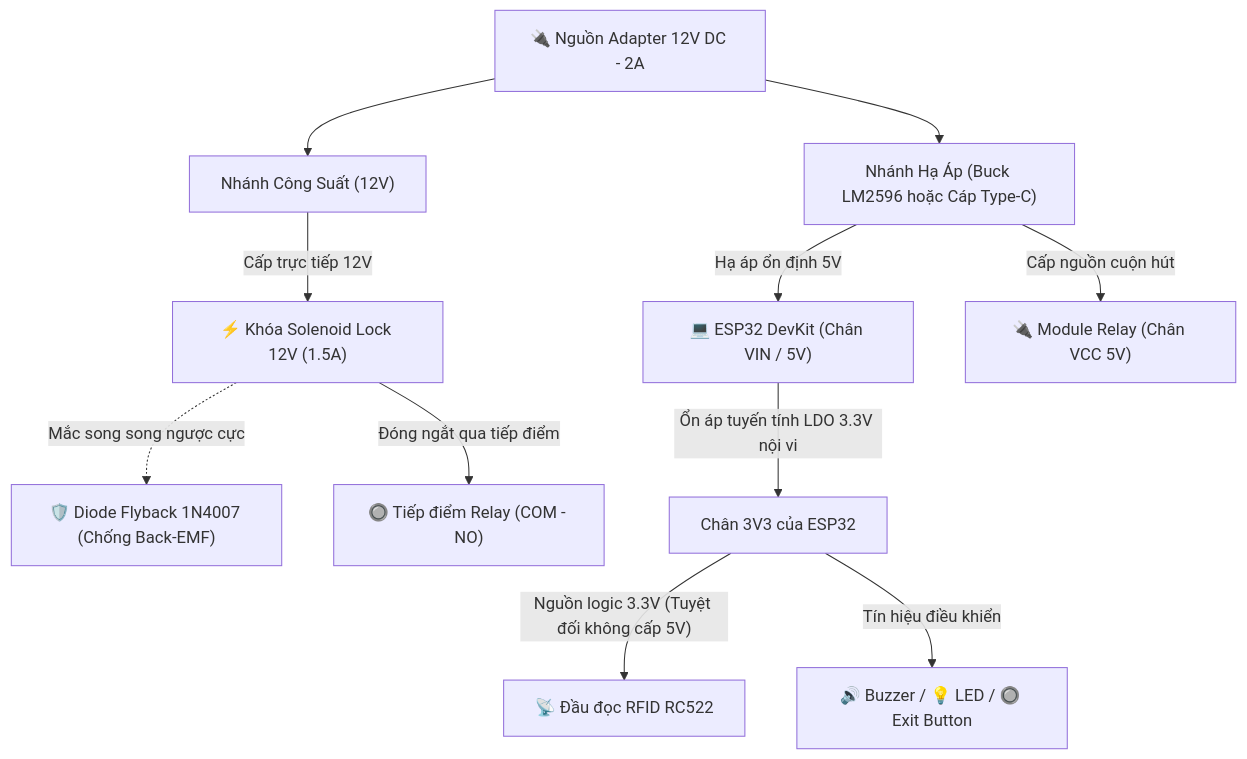
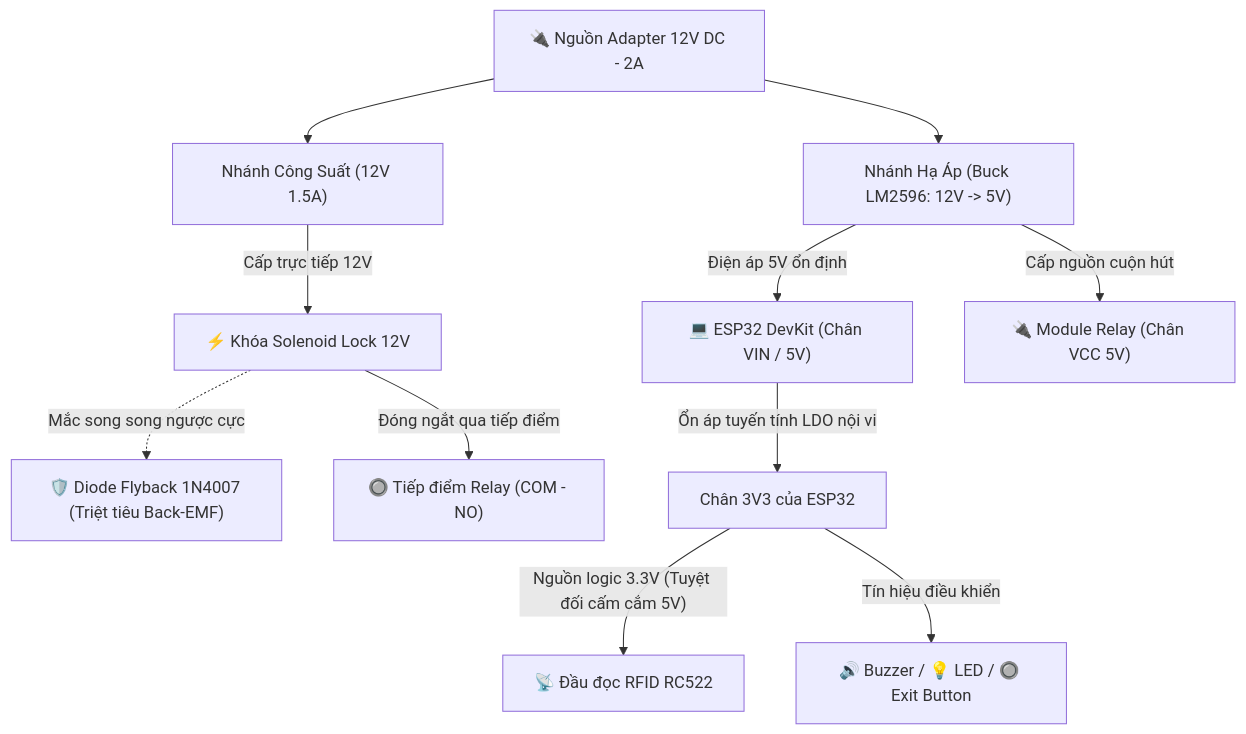
The first of 5 diagrams in docs/SO_DO_KY_THUAT_VA_LY_THUYET.md (NguyenHoangUy1305/iot-rfid-access-control), drawn with Mermaid before and after one commit. The commit also changed other lines of this file and 1 other file, not shown here.

Commit message:
docs: expand technical roadmaps, hardware schematics, and theoretical foundations with maximal engineering depth

````diff
--- a/docs/SO_DO_KY_THUAT_VA_LY_THUYET.md
+++ b/docs/SO_DO_KY_THUAT_VA_LY_THUYET.md
@@ -224,16 +323,16 @@
 ```mermaid
 graph TD
-    Adapter["🔌 Nguồn Adapter 12V DC - 2A"] --> Branch1["Nhánh Công Suất (12V)"]
-    Adapter --> Branch2["Nhánh Hạ Áp (Buck LM2596 hoặc Cáp Type-C)"]
+    Adapter["🔌 Nguồn Adapter 12V DC - 2A"] --> Branch1["Nhánh Công Suất (12V 1.5A)"]
+    Adapter --> Branch2["Nhánh Hạ Áp (Buck LM2596: 12V -> 5V)"]
 
-    Branch1 -->|"Cấp trực tiếp 12V"| Lock["⚡ Khóa Solenoid Lock 12V (1.5A)"]
-    Lock -.->|"Mắc song song ngược cực"| Diode["🛡️ Diode Flyback 1N4007 (Chống Back-EMF)"]
+    Branch1 -->|"Cấp trực tiếp 12V"| Lock["⚡ Khóa Solenoid Lock 12V"]
+    Lock -.->|"Mắc song song ngược cực"| Diode["🛡️ Diode Flyback 1N4007 (Triệt tiêu Back-EMF)"]
     Lock -->|"Đóng ngắt qua tiếp điểm"| RelayContact["🔘 Tiếp điểm Relay (COM - NO)"]
 
-    Branch2 -->|"Hạ áp ổn định 5V"| ESP32_VIN["💻 ESP32 DevKit (Chân VIN / 5V)"]
+    Branch2 -->|"Điện áp 5V ổn định"| ESP32_VIN["💻 ESP32 DevKit (Chân VIN / 5V)"]
     Branch2 -->|"Cấp nguồn cuộn hút"| Relay_VCC["🔌 Module Relay (Chân VCC 5V)"]
 
-    ESP32_VIN -->|"Ổn áp tuyến tính LDO 3.3V nội vi"| V33["Chân 3V3 của ESP32"]
-    V33 -->|"Nguồn logic 3.3V (Tuyệt đối không cấp 5V)"| RC522["📡 Đầu đọc RFID RC522"]
+    ESP32_VIN -->|"Ổn áp tuyến tính LDO nội vi"| V33["Chân 3V3 của ESP32"]
+    V33 -->|"Nguồn logic 3.3V (Tuyệt đối cấm cắm 5V)"| RC522["📡 Đầu đọc RFID RC522"]
     V33 -->|"Tín hiệu điều khiển"| Peripherals["🔊 Buzzer / 💡 LED / 🔘 Exit Button"]
 ```
````
